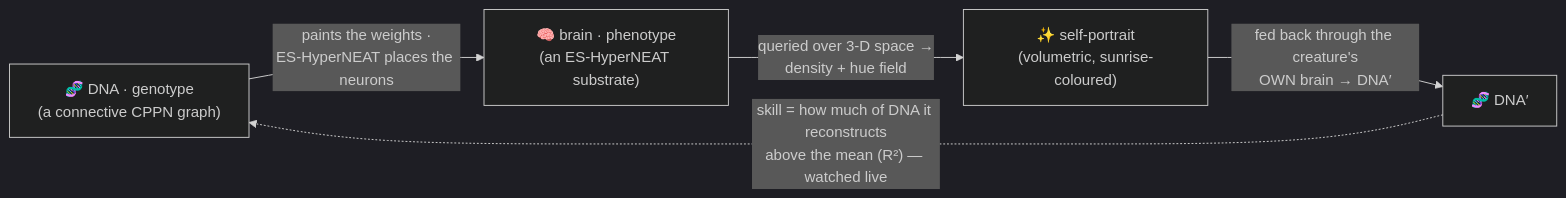
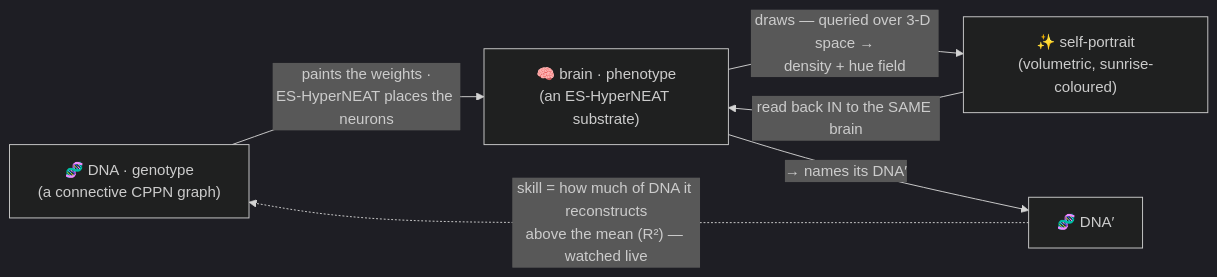
The first of 3 diagrams in VISION.md (admiralakber/autograph), drawn with Mermaid (dark theme) before and after one commit. The commit also changed 3 other files, not shown here.

First line of the commit message:
docs: correct the loop diagrams to portrait → back-into-brain → DNA′

````diff
--- a/VISION.md
+++ b/VISION.md
@@ -24,7 +24,8 @@
 ```mermaid
 flowchart LR
   DNA["🧬 DNA · genotype<br/>(a connective CPPN graph)"] -->|"paints the weights ·<br/>ES-HyperNEAT places the neurons"| PHENO["🧠 brain · phenotype<br/>(an ES-HyperNEAT substrate)"]
-  PHENO -->|"queried over 3-D space →<br/>density + hue field"| ART["✨ self-portrait<br/>(volumetric, sunrise-coloured)"]
-  ART -->|"fed back through the creature's<br/>OWN brain → DNA′"| DNA2["🧬 DNA′"]
+  PHENO -->|"draws — queried over 3-D space →<br/>density + hue field"| ART["✨ self-portrait<br/>(volumetric, sunrise-coloured)"]
+  ART -->|"read back IN to the SAME brain"| PHENO
+  PHENO -->|"→ names its DNA′"| DNA2["🧬 DNA′"]
   DNA2 -. "skill = how much of DNA it reconstructs<br/>above the mean (R²) — watched live" .-> DNA
 ```
````
